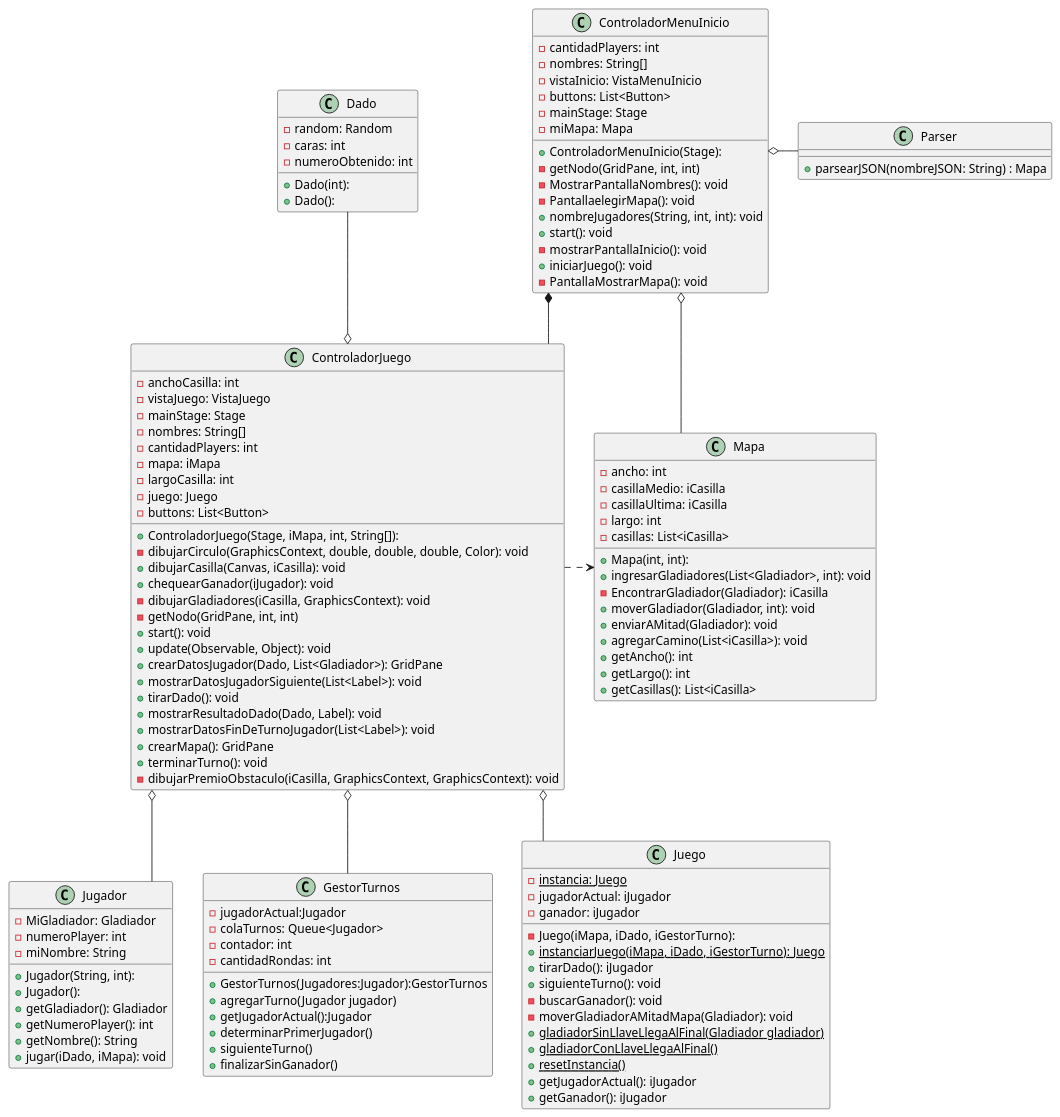
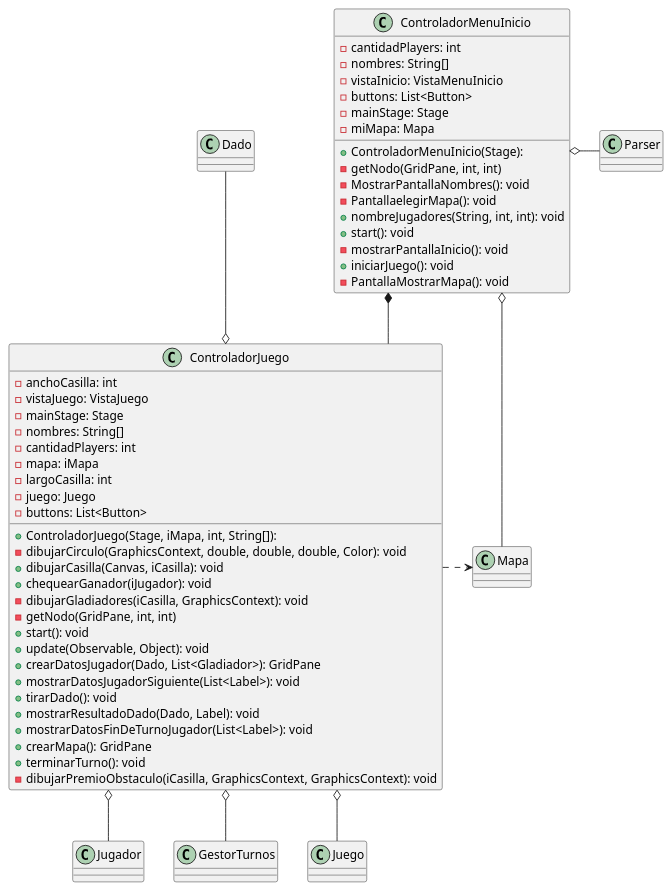
The diagram in diagrams/clases/diagramaControladoresYModelo.puml (mcumskov/Algo3_tp2), drawn with PlantUML before and after one commit. The commit also changed 5 other files, not shown here.

Commit message:
diagramas

```diff
--- a/diagrams/clases/diagramaControladoresYModelo.puml
+++ b/diagrams/clases/diagramaControladoresYModelo.puml
@@ -1,133 +1,80 @@
 @startuml
 skinparam linetype ortho
 
 
 class ControladorJuego {
   + ControladorJuego(Stage, iMapa, int, String[]):
   - anchoCasilla: int
   - vistaJuego: VistaJuego
   - mainStage: Stage
   - nombres: String[]
   - cantidadPlayers: int
   - mapa: iMapa
   - largoCasilla: int
   - juego: Juego
   - buttons: List<Button>
   - dibujarCirculo(GraphicsContext, double, double, double, Color): void
   + dibujarCasilla(Canvas, iCasilla): void
   + chequearGanador(iJugador): void
   - dibujarGladiadores(iCasilla, GraphicsContext): void
   - getNodo(GridPane, int, int)
   + start(): void
   + update(Observable, Object): void
   + crearDatosJugador(Dado, List<Gladiador>): GridPane
   + mostrarDatosJugadorSiguiente(List<Label>): void
   + tirarDado(): void
   + mostrarResultadoDado(Dado, Label): void
   + mostrarDatosFinDeTurnoJugador(List<Label>): void
   + crearMapa(): GridPane
   + terminarTurno(): void
   - dibujarPremioObstaculo(iCasilla, GraphicsContext, GraphicsContext): void
 }
 
 class ControladorMenuInicio {
   + ControladorMenuInicio(Stage):
   - cantidadPlayers: int
   - nombres: String[]
   - vistaInicio: VistaMenuInicio
   - buttons: List<Button>
   - mainStage: Stage
   - miMapa: Mapa
   - getNodo(GridPane, int, int)
   - MostrarPantallaNombres(): void
   - PantallaelegirMapa(): void
   + nombreJugadores(String, int, int): void
   + start(): void
   - mostrarPantallaInicio(): void
   + iniciarJuego(): void
   - PantallaMostrarMapa(): void
 }
 
 
 class Parser {
-    + parsearJSON(nombreJSON: String) : Mapa
 }
 
 class Mapa {
-  + Mapa(int, int):
-  - ancho: int
-  - casillaMedio: iCasilla
-  - casillaUltima: iCasilla
-  - largo: int
-  - casillas: List<iCasilla>
-  + ingresarGladiadores(List<Gladiador>, int): void
-  - EncontrarGladiador(Gladiador): iCasilla
-  + moverGladiador(Gladiador, int): void
-  + enviarAMitad(Gladiador): void
-  + agregarCamino(List<iCasilla>): void
-  + getAncho(): int
-  + getLargo(): int
-  + getCasillas(): List<iCasilla>
 }
 
 class Jugador {
-  + Jugador(String, int):
-  + Jugador():
-  - MiGladiador: Gladiador
-  - numeroPlayer: int
-  - miNombre: String
-  + getGladiador(): Gladiador
-  + getNumeroPlayer(): int
-  + getNombre(): String
-  + jugar(iDado, iMapa): void
 }
 class Dado {
-  + Dado(int):
-  + Dado():
-  - random: Random
-  - caras: int
-  - numeroObtenido: int
 }
 
 class GestorTurnos {
-    - jugadorActual:Jugador
-    - colaTurnos: Queue<Jugador>
-    - contador: int
-    - cantidadRondas: int
-    + GestorTurnos(Jugadores:Jugador):GestorTurnos
-    + agregarTurno(Jugador jugador)
-    + getJugadorActual():Jugador
-    + determinarPrimerJugador()
-    +siguienteTurno()
-    +finalizarSinGanador()
 
 }
 
 
 class Juego {
-  - {static}instancia: Juego
-  - Juego(iMapa, iDado, iGestorTurno):
-  - jugadorActual: iJugador
-  - ganador: iJugador
-  + {static}instanciarJuego(iMapa, iDado, iGestorTurno): Juego
-  + tirarDado(): iJugador
-  + siguienteTurno(): void
-  - buscarGanador(): void
-  - moverGladiadorAMitadMapa(Gladiador): void
-  + {static}gladiadorSinLlaveLlegaAlFinal(Gladiador gladiador)
-  + {static} gladiadorConLlaveLlegaAlFinal()
-  + {static} resetInstancia()
-  + getJugadorActual(): iJugador
-  + getGanador(): iJugador
 }
 
  ControladorMenuInicio *-- ControladorJuego
  ControladorMenuInicio o- Mapa
  ControladorMenuInicio o- Parser
  ControladorJuego .> Mapa
   ControladorJuego o-- Jugador
   Dado --o ControladorJuego
   ControladorJuego o-- GestorTurnos
   ControladorJuego o-- Juego
 
 @enduml
```
